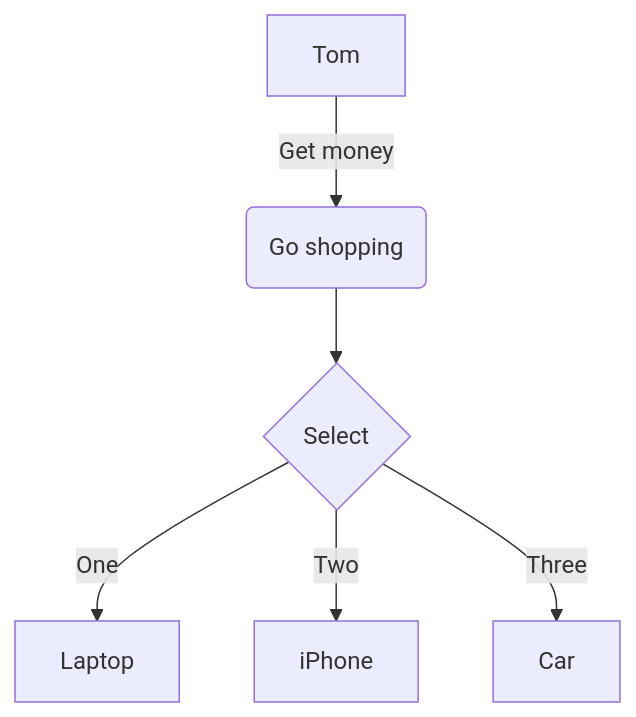
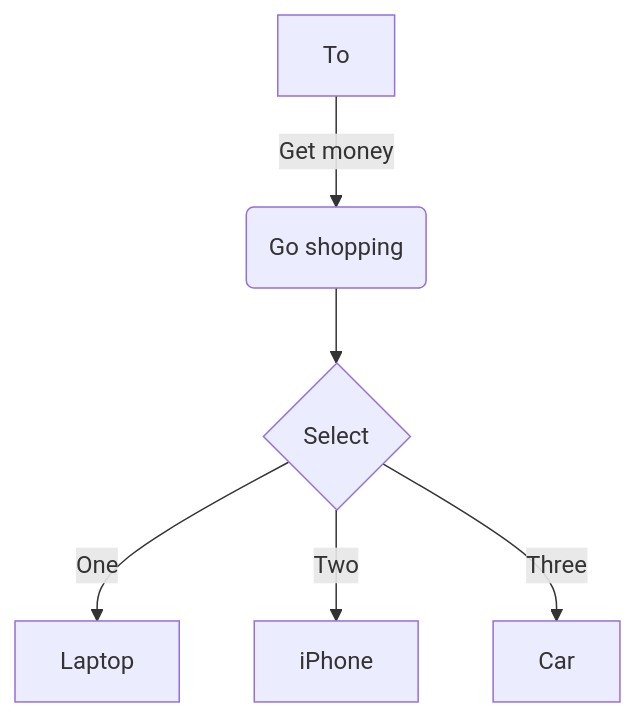
The diagram in all/未命名.md (Utekichan/iodraw-files), drawn with Mermaid before and after one commit.

Commit message:
2024-03-30 21:58:26 update

````diff
--- a/all/未命名.md
+++ b/all/未命名.md
@@ -1,9 +1,9 @@
 ```mermaid
 graph TD
-    A[Tom] -->|Get money| B(Go shopping)
+    A[To] -->|Get money| B(Go shopping)
     B --> C{Select}
     C -->|One| D[Laptop]
     C -->|Two| E[iPhone]
     C -->|Three| F[Car]
   
 ```
````
